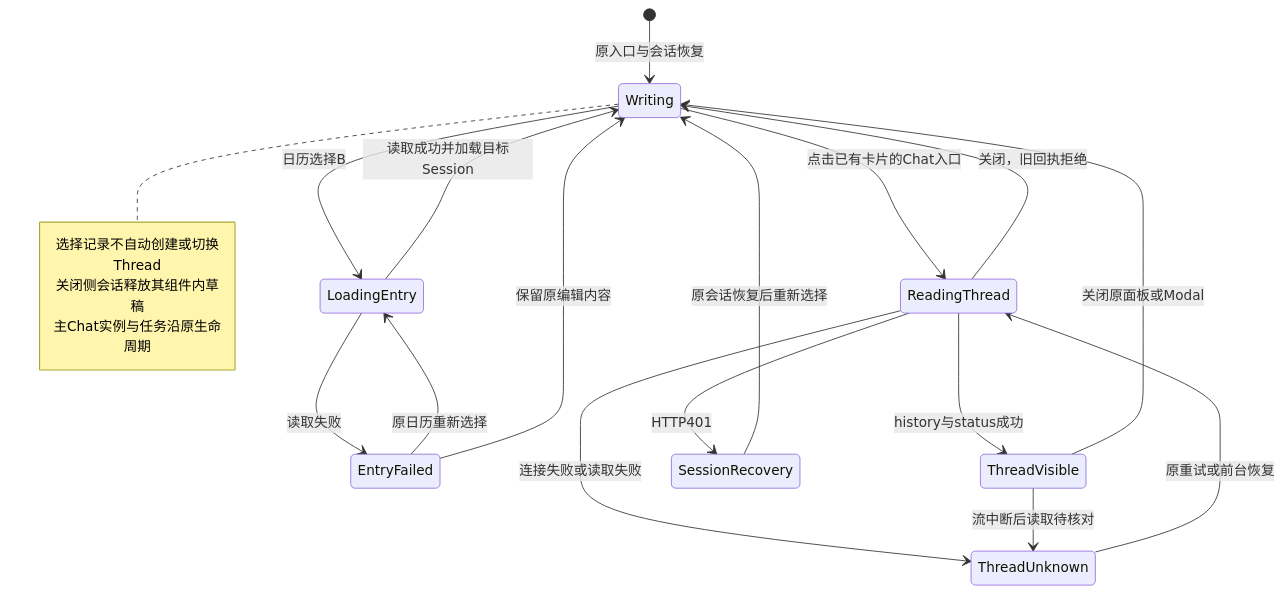
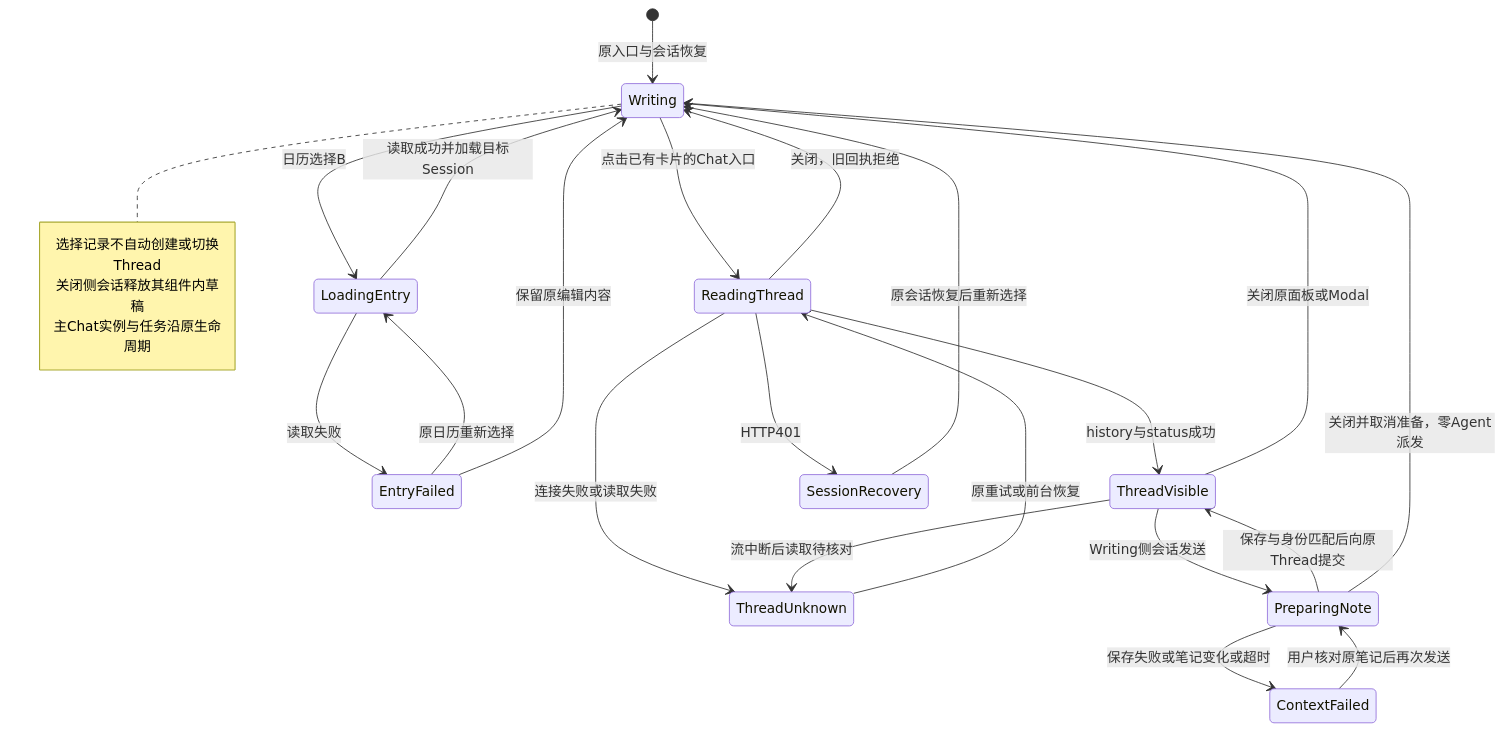
Before and after one commit to glide-the/im-dream: the seventh of 7 diagrams in docs/design/multi-platform/writing-mobile-layout.md, drawn with Mermaid. The commit also changed other lines of this file and 77 other files, not shown here.

Commit message:
feat(mobile): add startup diagnostics and saved writing context

````diff
--- a/docs/design/multi-platform/writing-mobile-layout.md
+++ b/docs/design/multi-platform/writing-mobile-layout.md
@@ -389,23 +429,28 @@
 ```mermaid
 stateDiagram-v2
   [*] --> Writing: 原入口与会话恢复
   Writing --> LoadingEntry: 日历选择B
   LoadingEntry --> Writing: 读取成功并加载目标Session
   LoadingEntry --> EntryFailed: 读取失败
   EntryFailed --> LoadingEntry: 原日历重新选择
   EntryFailed --> Writing: 保留原编辑内容
   Writing --> ReadingThread: 点击已有卡片的Chat入口
   ReadingThread --> ThreadVisible: history与status成功
   ReadingThread --> ThreadUnknown: 连接失败或读取失败
   ThreadUnknown --> ReadingThread: 原重试或前台恢复
   ReadingThread --> SessionRecovery: HTTP401
   SessionRecovery --> Writing: 原会话恢复后重新选择
   ThreadVisible --> ThreadUnknown: 流中断后读取待核对
+  ThreadVisible --> PreparingNote: Writing侧会话发送
+  PreparingNote --> ThreadVisible: 保存与身份匹配后向原Thread提交
+  PreparingNote --> ContextFailed: 保存失败或笔记变化或超时
+  ContextFailed --> PreparingNote: 用户核对原笔记后再次发送
+  PreparingNote --> Writing: 关闭并取消准备，零Agent派发
   ThreadVisible --> Writing: 关闭原面板或Modal
   ReadingThread --> Writing: 关闭，旧回执拒绝
   note right of Writing
     选择记录不自动创建或切换Thread
     关闭侧会话释放其组件内草稿
     主Chat实例与任务沿原生命周期
   end note
 ```
````
